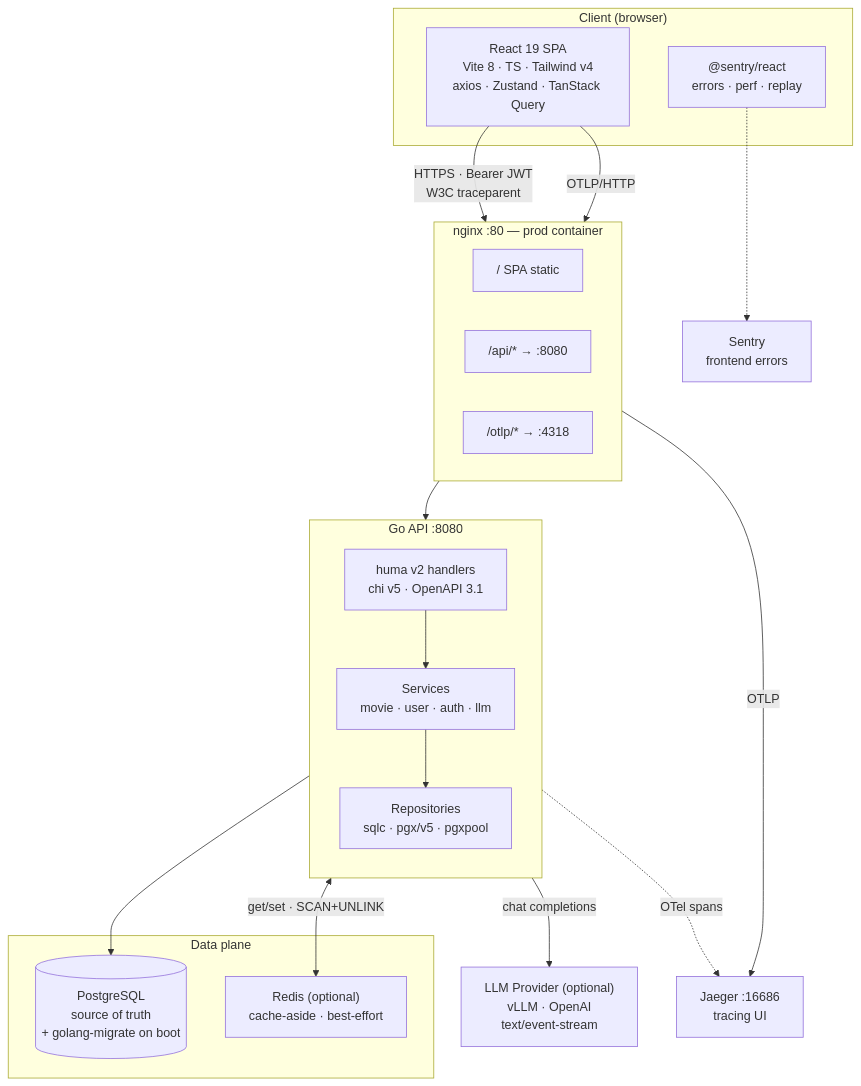
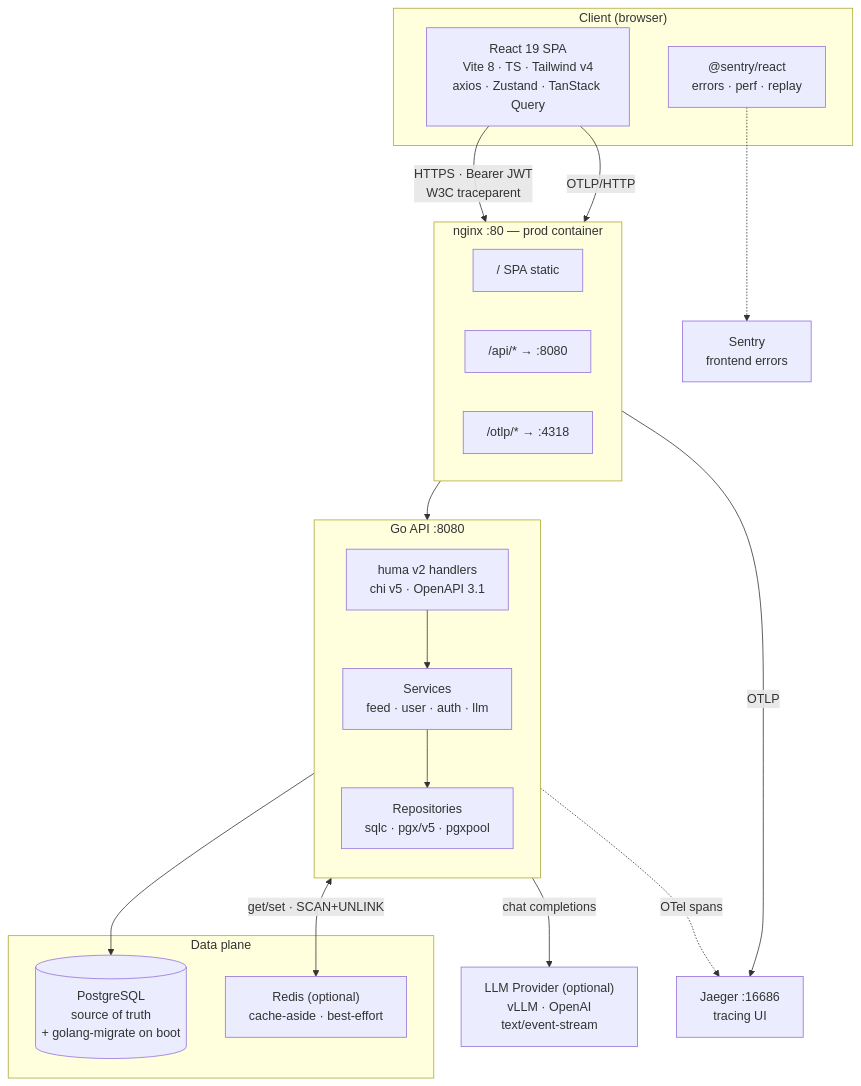
The diagram in README.md (silbertmonaphia/nyx), drawn with Mermaid before and after one commit. The commit also changed other lines of this file and 72 other files, not shown here.

First line of the commit message:
refactor(repo): rename movie feature to feed across stack

````diff
--- a/README.md
+++ b/README.md
@@ -20,41 +20,41 @@
 ```mermaid
 flowchart TB
     subgraph Client["Client (browser)"]
       SPA["React 19 SPA<br/>Vite 8 · TS · Tailwind v4<br/>axios · Zustand · TanStack Query"]
       Sent["@sentry/react<br/>errors · perf · replay"]
     end
 
     subgraph Edge["nginx :80 — prod container"]
       direction LR
       N1["/        SPA static"]
       N2["/api/*   → :8080"]
       N3["/otlp/*  → :4318"]
     end
 
     subgraph API["Go API :8080"]
       direction TB
       H["huma v2 handlers<br/>chi v5 · OpenAPI 3.1"]
-      S["Services<br/>movie · user · auth · llm"]
+      S["Services<br/>feed · user · auth · llm"]
       R["Repositories<br/>sqlc · pgx/v5 · pgxpool"]
     end
 
     subgraph Stores["Data plane"]
       PG[("PostgreSQL<br/>source of truth<br/>+ golang-migrate on boot")]
       RD["Redis (optional)<br/>cache-aside · best-effort"]
     end
 
     LLM["LLM Provider (optional)<br/>vLLM · OpenAI<br/>text/event-stream"]
     Jaeger["Jaeger :16686<br/>tracing UI"]
     Sentry["Sentry<br/>frontend errors"]
 
     SPA -->|"HTTPS · Bearer JWT<br/>W3C traceparent"| N2
     SPA -->|"OTLP/HTTP"| N3
     Sent -.-> Sentry
 
     N2 --> H --> S --> R --> PG
     S <-->|"get/set · SCAN+UNLINK"| RD
     S -->|"chat completions"| LLM
 
     N3 -->|"OTLP"| Jaeger
     H -.->|"OTel spans"| Jaeger
 ```
````
